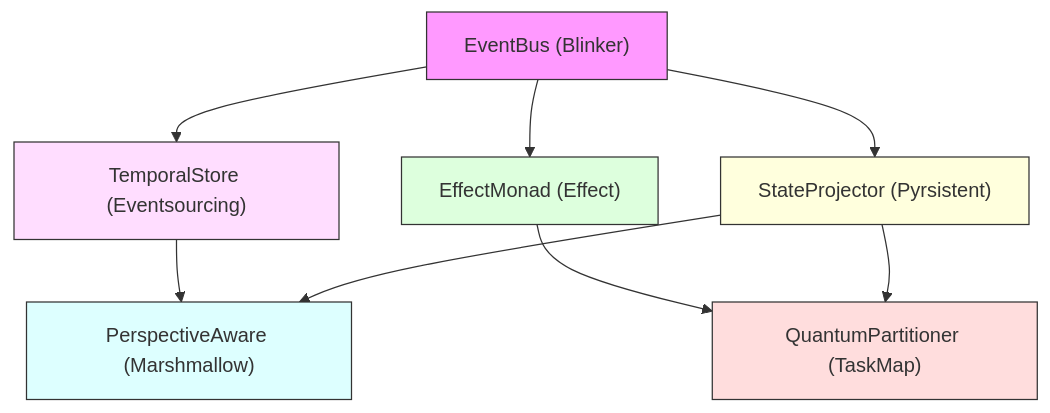
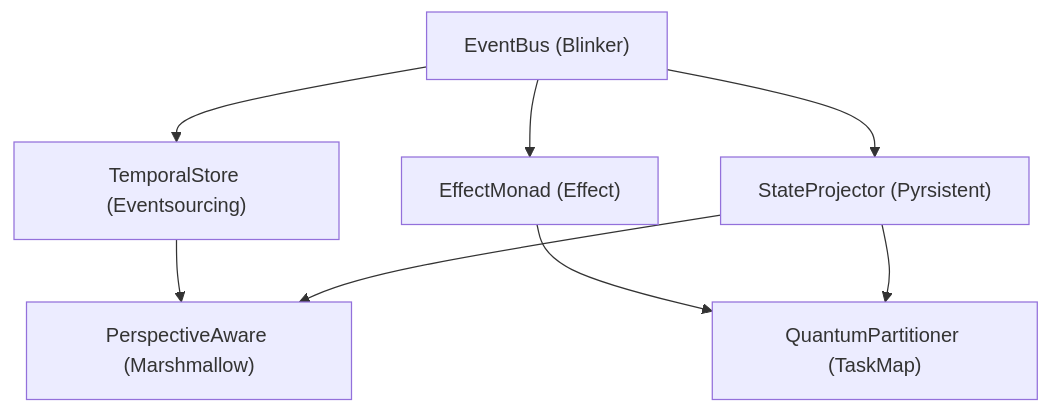
The second of 2 diagrams in docs/project-management/planning/nerv/patterns/index.md (inherent-design/atlas), drawn with Mermaid before and after one commit. The commit also changed other lines of this file and 7 other files, not shown here.

First line of the commit message:
refactor: remove inline styling from mermaid diagrams

````diff
--- a/docs/project-management/planning/nerv/patterns/index.md
+++ b/docs/project-management/planning/nerv/patterns/index.md
@@ -121,26 +118,12 @@
 ```mermaid
 graph TD
     EventBus["EventBus (Blinker)"] --> TemporalStore["TemporalStore (Eventsourcing)"]
     EventBus --> EffectMonad["EffectMonad (Effect)"]
     EventBus --> StateProjector["StateProjector (Pyrsistent)"]
 
     TemporalStore --> PerspectiveAware["PerspectiveAware (Marshmallow)"]
     StateProjector --> PerspectiveAware
 
     EffectMonad --> QuantumPartitioner["QuantumPartitioner (TaskMap)"]
     StateProjector --> QuantumPartitioner
-
-    classDef blinker fill:#f9f,stroke:#333
-    classDef eventsourcing fill:#fdf,stroke:#333
-    classDef marshmallow fill:#dff,stroke:#333
-    classDef pyrsistent fill:#ffd,stroke:#333
-    classDef effect fill:#dfd,stroke:#333
-    classDef taskmap fill:#fdd,stroke:#333
-
-    class EventBus blinker
-    class TemporalStore eventsourcing
-    class PerspectiveAware marshmallow
-    class StateProjector pyrsistent
-    class EffectMonad effect
-    class QuantumPartitioner taskmap
 ```
````
